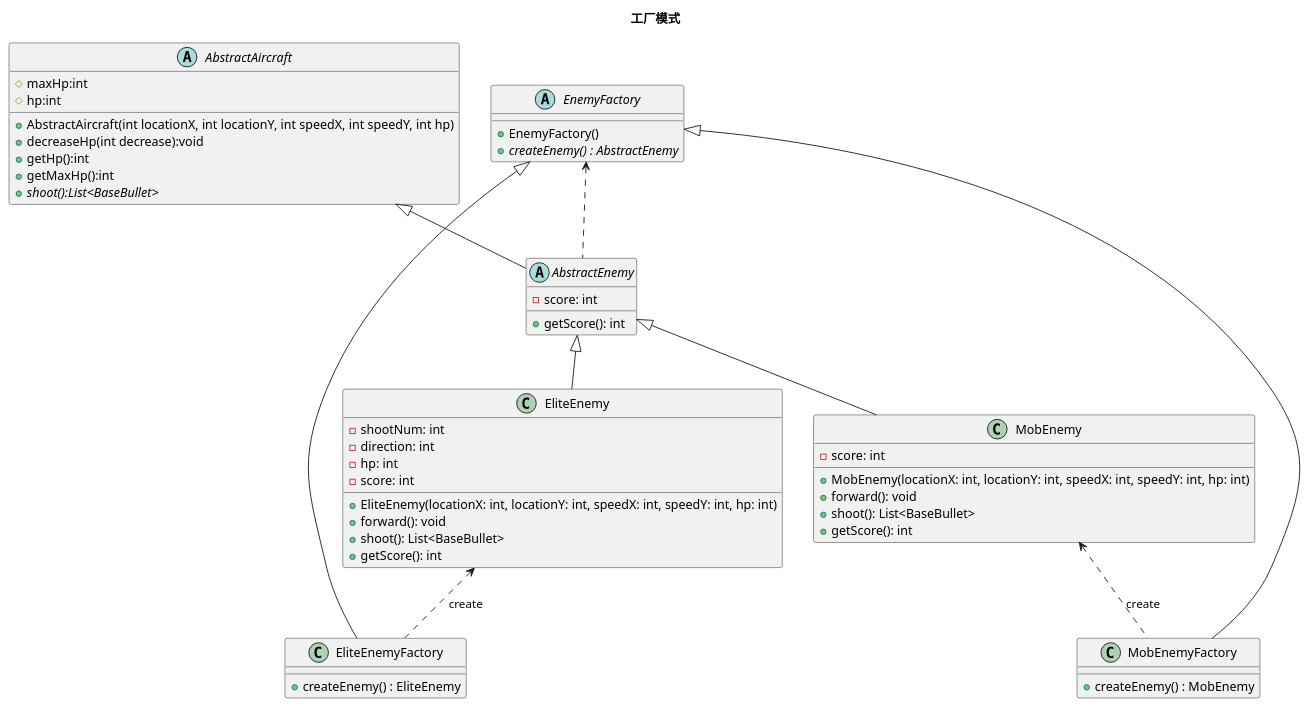
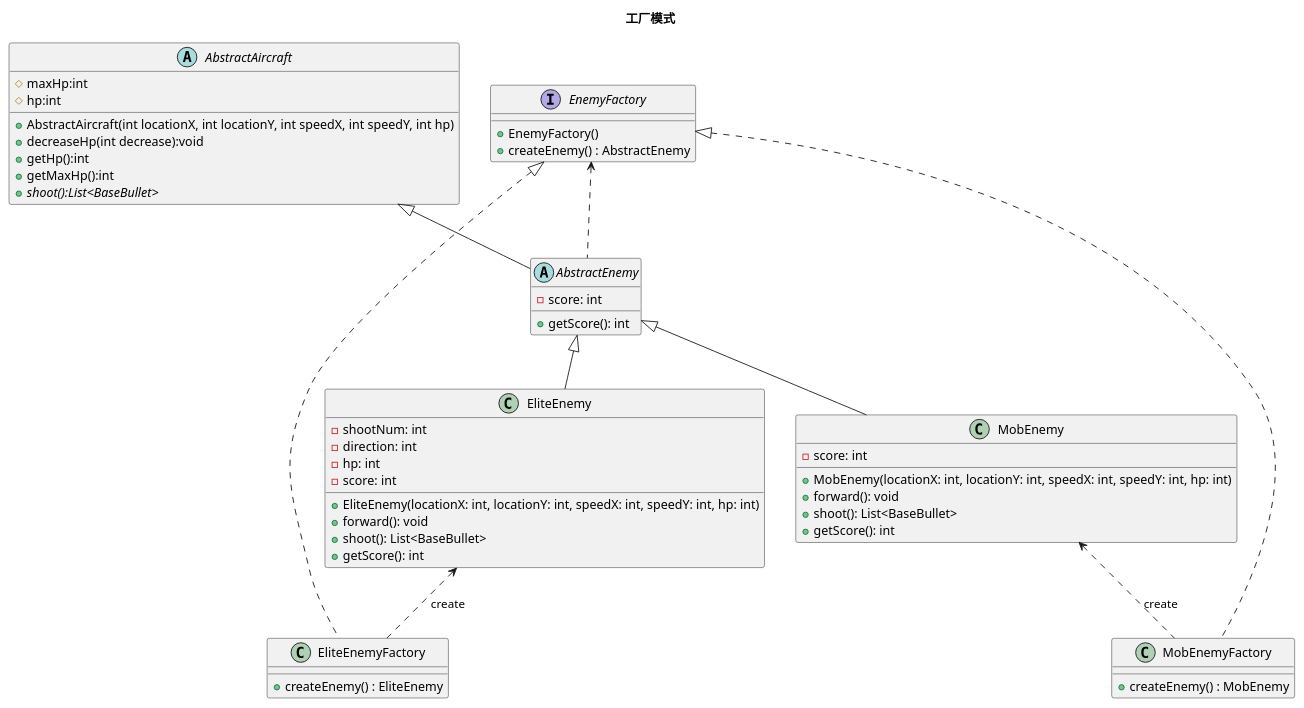
One commit to jangyicheng/Java-wargame changed the diagram in uml/enemyfactory.puml. Above: the diagram before and after it, drawn with PlantUML. The commit also changed 21 other files, not shown here.

```diff
--- a/uml/enemyfactory.puml
+++ b/uml/enemyfactory.puml
@@ -1,51 +1,51 @@
 @startuml
 'https://plantuml.com/class-diagram
 title 工厂模式
 abstract class AbstractAircraft
 {
 	# maxHp:int
     # hp:int
     + AbstractAircraft(int locationX, int locationY, int speedX, int speedY, int hp)
     + decreaseHp(int decrease):void
     + getHp():int
     + getMaxHp():int
     + {abstract} shoot():List<BaseBullet>
  }
 
 abstract class AbstractEnemy extends AbstractAircraft {
   - score: int
 
   + getScore(): int
 }
 
 class EliteEnemy extends AbstractEnemy {
   - shootNum: int
   - direction: int
   - hp: int
   - score: int
   + EliteEnemy(locationX: int, locationY: int, speedX: int, speedY: int, hp: int)
   + forward(): void
   + shoot(): List<BaseBullet>
   + getScore(): int
 }
 class MobEnemy extends AbstractEnemy {
   - score: int
   + MobEnemy(locationX: int, locationY: int, speedX: int, speedY: int, hp: int)
   + forward(): void
   + shoot(): List<BaseBullet>
   + getScore(): int
 }
-abstract class EnemyFactory {
+interface EnemyFactory {
     +EnemyFactory()
-    +{abstract}createEnemy() : AbstractEnemy
+    +createEnemy() : AbstractEnemy
 }
-class EliteEnemyFactory extends EnemyFactory{
+class EliteEnemyFactory implements EnemyFactory{
     +createEnemy() : EliteEnemy
 }
-class MobEnemyFactory extends EnemyFactory{
+class MobEnemyFactory implements EnemyFactory{
     +createEnemy() : MobEnemy
 }
 EnemyFactory <.. AbstractEnemy
 EliteEnemy<.. EliteEnemyFactory:create
 MobEnemy<.. MobEnemyFactory:create
 @enduml
```
